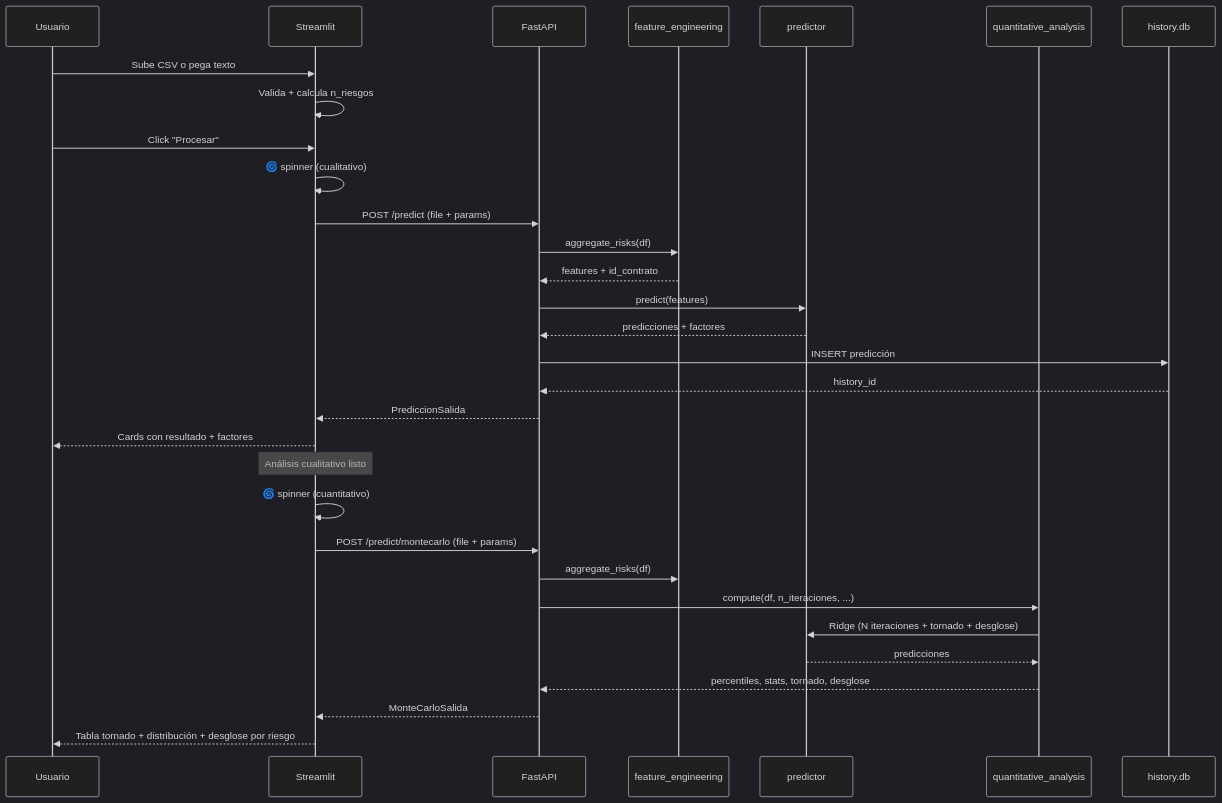
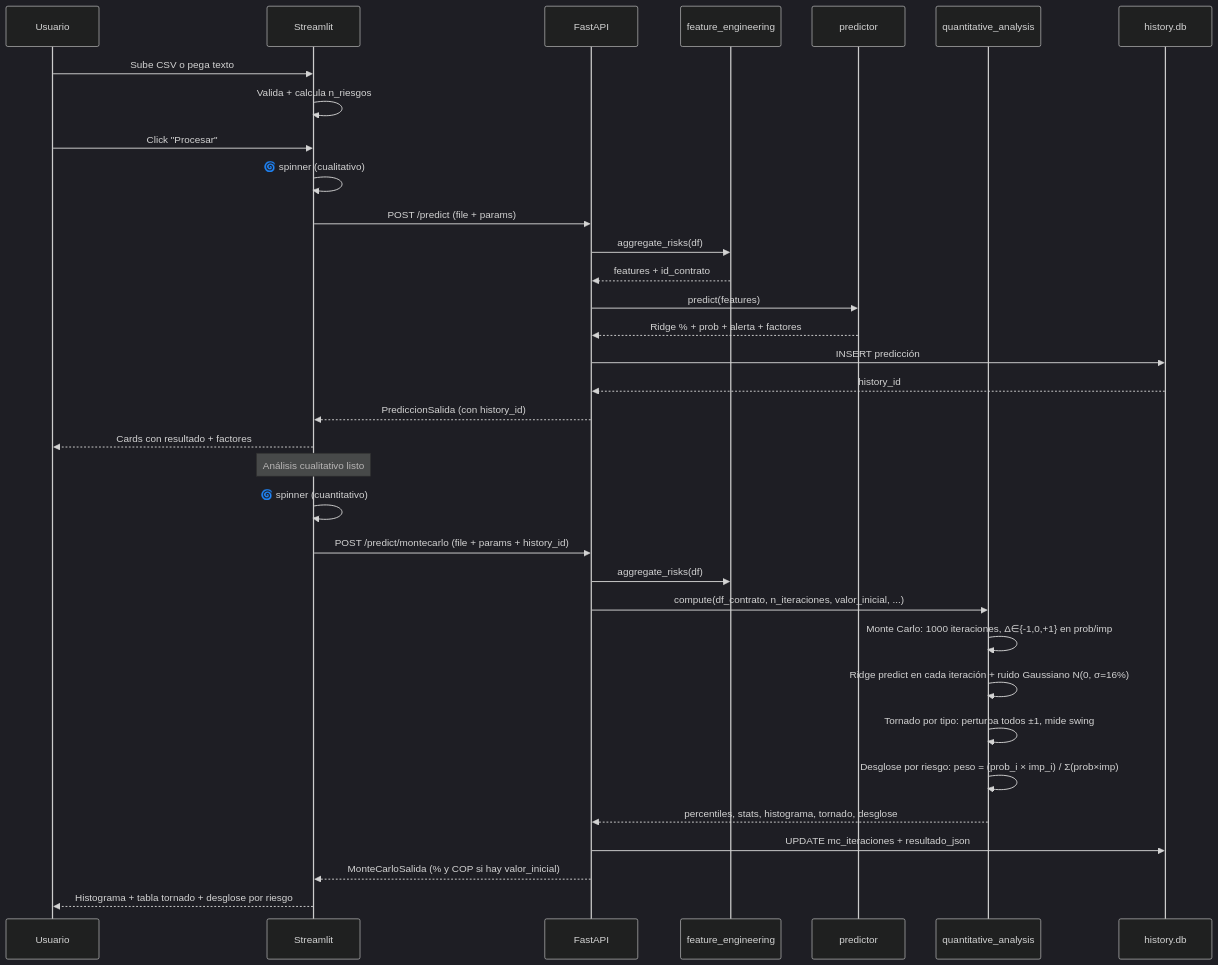
One commit to sanan1297/risk_project changed the second of 7 diagrams in docs/proceso.md. Above: the diagram before and after it, drawn with Mermaid (dark theme). The commit also changed other lines of this file and 8 other files, not shown here.

````diff
--- a/docs/proceso.md
+++ b/docs/proceso.md
@@ -344,35 +346,38 @@
 ```mermaid
 sequenceDiagram
     participant U as Usuario
     participant F as Streamlit
     participant B as FastAPI
     participant FE as feature_engineering
     participant P as predictor
     participant QA as quantitative_analysis
     participant DB as history.db
 
     U->>F: Sube CSV o pega texto
     F->>F: Valida + calcula n_riesgos
     U->>F: Click "Procesar"
     F->>F: 🌀 spinner (cualitativo)
     F->>B: POST /predict (file + params)
     B->>FE: aggregate_risks(df)
     FE-->>B: features + id_contrato
     B->>P: predict(features)
-    P-->>B: predicciones + factores
+    P-->>B: Ridge % + prob + alerta + factores
     B->>DB: INSERT predicción
     DB-->>B: history_id
-    B-->>F: PrediccionSalida
+    B-->>F: PrediccionSalida (con history_id)
     F-->>U: Cards con resultado + factores
     Note over F: Análisis cualitativo listo
 
     F->>F: 🌀 spinner (cuantitativo)
-    F->>B: POST /predict/montecarlo (file + params)
+    F->>B: POST /predict/montecarlo (file + params + history_id)
     B->>FE: aggregate_risks(df)
-    B->>QA: compute(df, n_iteraciones, ...)
-    QA->>P: Ridge (N iteraciones + tornado + desglose)
-    P-->>QA: predicciones
-    QA-->>B: percentiles, stats, tornado, desglose
-    B-->>F: MonteCarloSalida
-    F-->>U: Tabla tornado + distribución + desglose por riesgo
+    B->>QA: compute(df_contrato, n_iteraciones, valor_inicial, ...)
+    QA->>QA: Monte Carlo: 1000 iteraciones, Δ∈{-1,0,+1} en prob/imp
+    QA->>QA: Ridge predict en cada iteración + ruido Gaussiano N(0, σ=16%)
+    QA->>QA: Tornado por tipo: perturba todos ±1, mide swing
+    QA->>QA: Desglose por riesgo: peso = (prob_i × imp_i) / Σ(prob×imp)
+    QA-->>B: percentiles, stats, histograma, tornado, desglose
+    B->>DB: UPDATE mc_iteraciones + resultado_json
+    B-->>F: MonteCarloSalida (% y COP si hay valor_inicial)
+    F-->>U: Histograma + tabla tornado + desglose por riesgo
 ```
````
